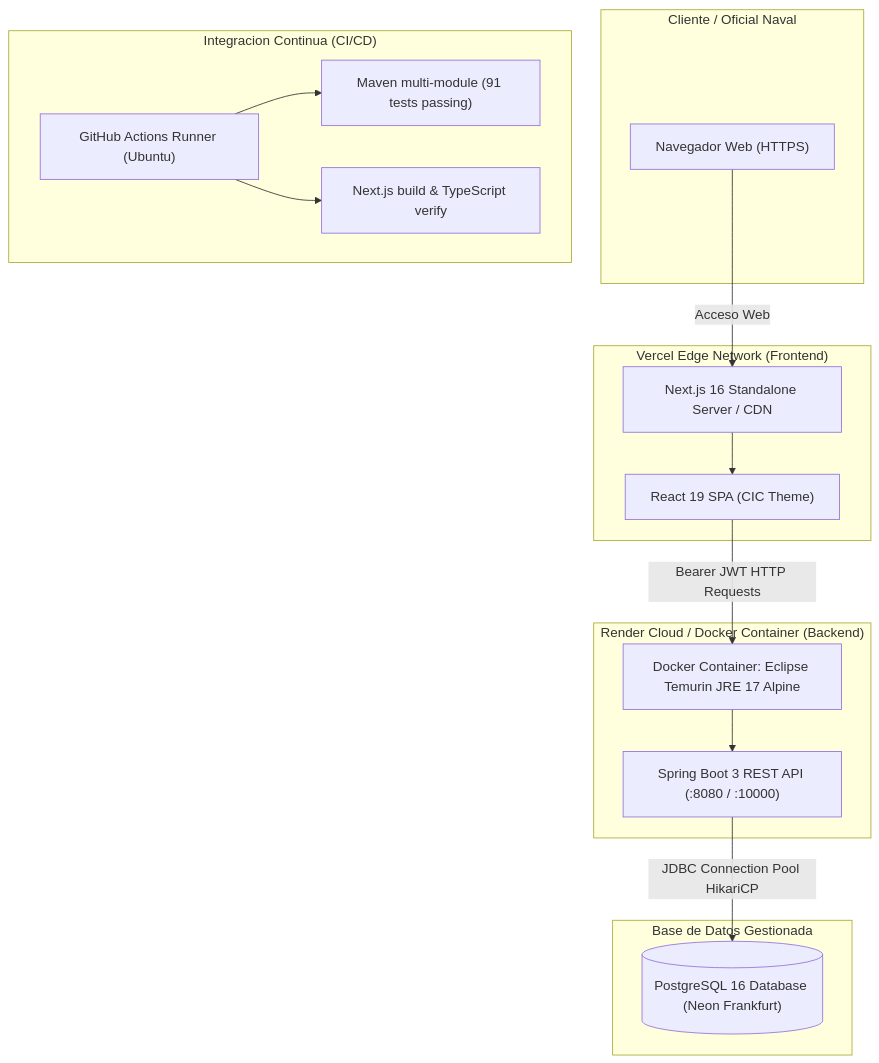
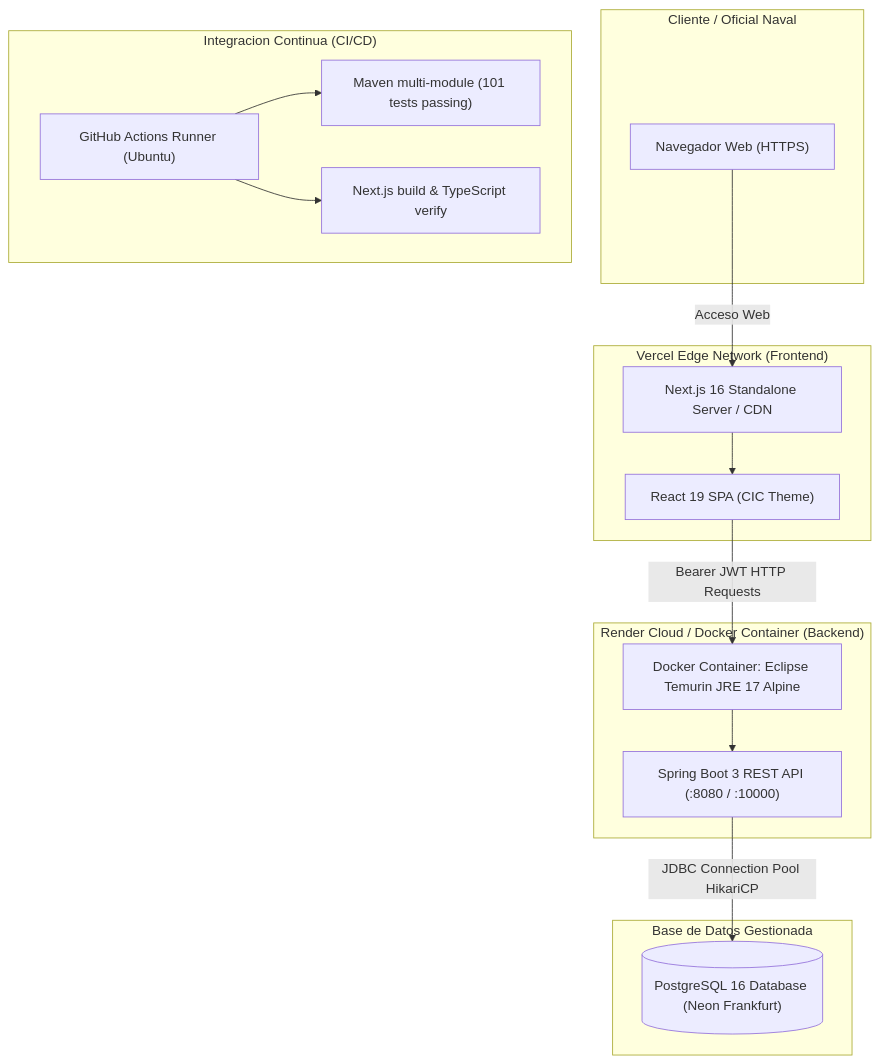
One commit to alvarofdeza/Battleship_IWSIM21-07 changed the eighth of 8 diagrams in modelado/ARQUITECTURA_Y_DISENO.md. Above: the diagram before and after it, drawn with Mermaid. The commit also changed other lines of this file and 7 other files, not shown here.

Commit message:
test(security): add edge cases for OTP, game claim, naval ranks and update docs to 101 tests

````diff
--- a/modelado/ARQUITECTURA_Y_DISENO.md
+++ b/modelado/ARQUITECTURA_Y_DISENO.md
@@ -427,35 +427,35 @@
 ```mermaid
 flowchart TD
     subgraph ClientBrowser ["Cliente / Oficial Naval"]
         USER["Navegador Web (HTTPS)"]
     end
 
     subgraph VercelEdge ["Vercel Edge Network (Frontend)"]
         VERCEL_CDN["Next.js 16 Standalone Server / CDN"]
         REACT_APP["React 19 SPA (CIC Theme)"]
     end
 
     subgraph RenderCloud ["Render Cloud / Docker Container (Backend)"]
         DOCKER_APP["Docker Container: Eclipse Temurin JRE 17 Alpine"]
         SPRING_APP["Spring Boot 3 REST API (:8080 / :10000)"]
     end
 
     subgraph ManagedDB ["Base de Datos Gestionada"]
         PG_CLOUD[("PostgreSQL 16 Database (Neon Frankfurt)")]
     end
 
     subgraph GitHubActions ["Integracion Continua (CI/CD)"]
         GH_RUNNER["GitHub Actions Runner (Ubuntu)"]
-        TEST_JOB["Maven multi-module (91 tests passing)"]
+        TEST_JOB["Maven multi-module (101 tests passing)"]
         LINT_JOB["Next.js build & TypeScript verify"]
     end
 
     USER -->|Acceso Web| VERCEL_CDN
     VERCEL_CDN --> REACT_APP
     REACT_APP -->|Bearer JWT HTTP Requests| DOCKER_APP
     DOCKER_APP --> SPRING_APP
     SPRING_APP -->|JDBC Connection Pool HikariCP| PG_CLOUD
 
     GH_RUNNER --> TEST_JOB
     GH_RUNNER --> LINT_JOB
 ```
````
